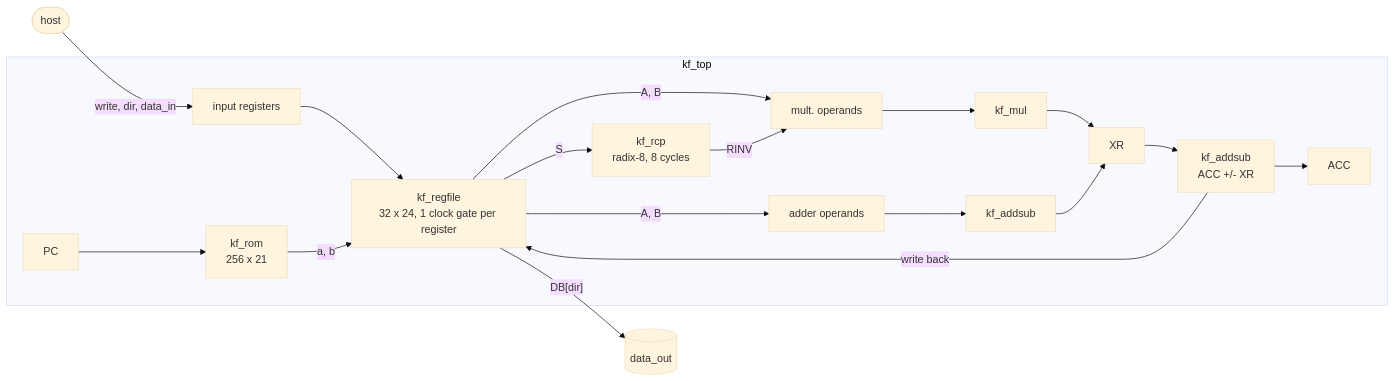
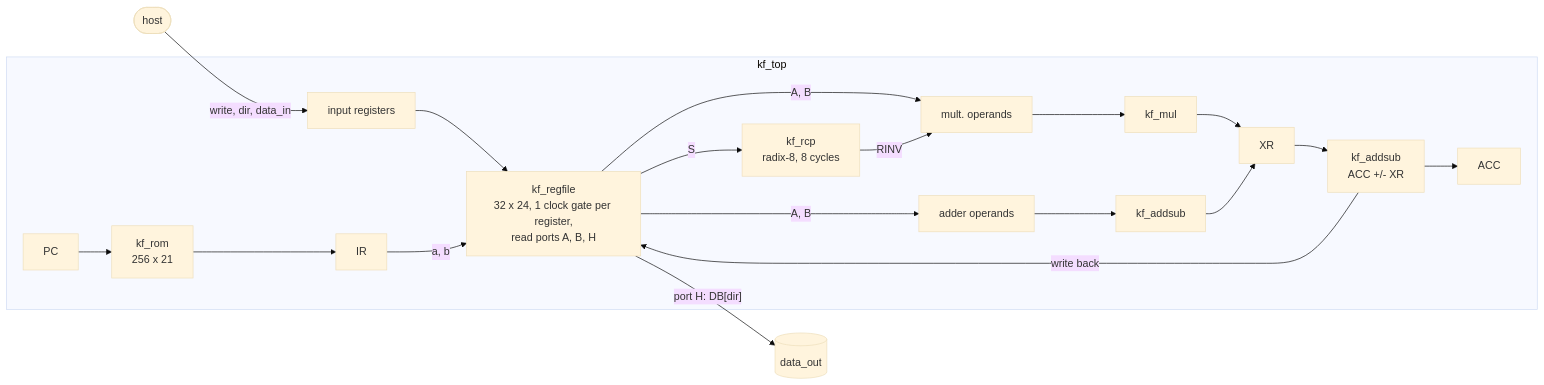
The diagram in docs/architecture.md (gh0stintheshe11/Kalman-Filter-ASIC), drawn with Mermaid (base theme) before and after one commit. The commit also changed other lines of this file and 3 other files, not shown here.

First line of the commit message:
Retarget the IHP flow to 100 MHz and cut clock-tree power

````diff
--- a/docs/architecture.md
+++ b/docs/architecture.md
@@ -15,18 +15,18 @@
 ```mermaid
 flowchart LR
     host([host]) -- "write, dir, data_in" --> HIF["input registers"]
     subgraph kf_top
         HIF --> RF
-        PC["PC"] --> ROM["kf_rom<br/>256 x 21"]
-        ROM -- "a, b" --> RF["kf_regfile<br/>32 x 24, 1 clock gate per register"]
+        PC["PC"] --> ROM["kf_rom<br/>256 x 21"] --> IR["IR"]
+        IR -- "a, b" --> RF["kf_regfile<br/>32 x 24, 1 clock gate per register,<br/>read ports A, B, H"]
         RF -- "A, B" --> MOP["mult. operands"] --> MUL["kf_mul"]
         RF -- "A, B" --> AOP["adder operands"] --> ALU["kf_addsub"]
         RF -- "S" --> RCP["kf_rcp<br/>radix-8, 8 cycles"]
         RCP -- "RINV" --> MOP
         MUL --> XR["XR"]
         ALU --> XR
         XR --> WB["kf_addsub<br/>ACC +/- XR"] --> ACC["ACC"]
         WB -- "write back" --> RF
     end
-    RF -- "DB[dir]" --> DOUT[(data_out)]
+    RF -- "port H: DB[dir]" --> DOUT[(data_out)]
 ```
````
